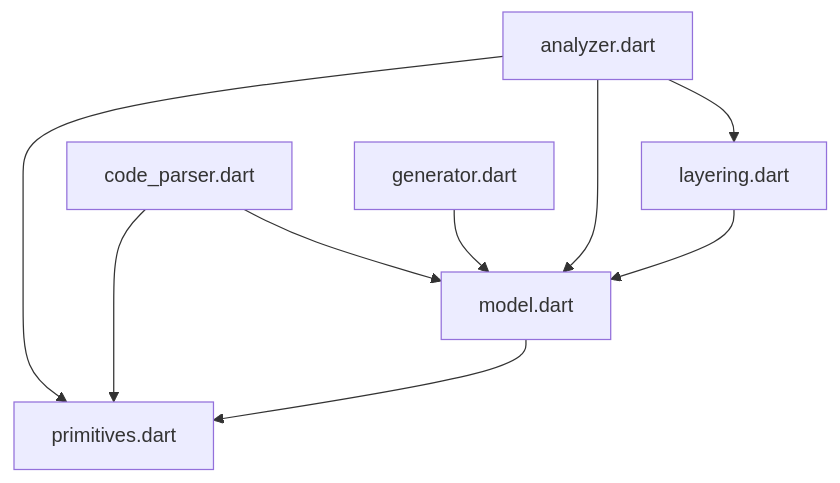
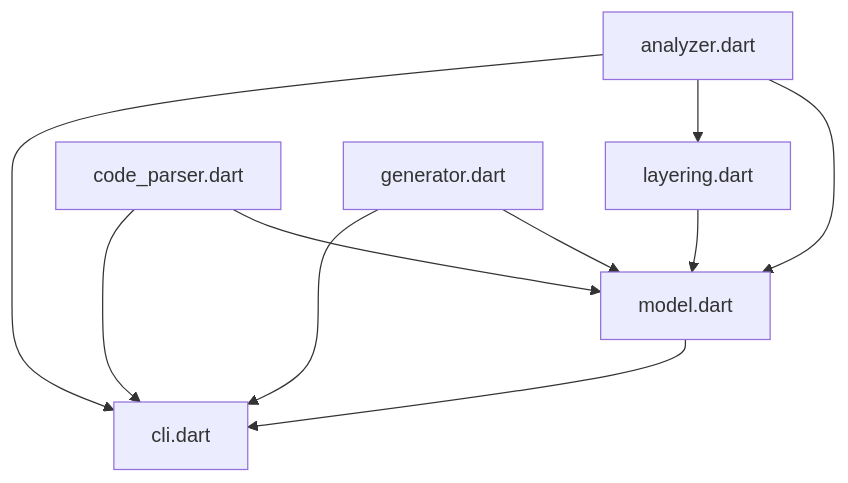
One commit to polina-c/layerlens changed the diagram in lib/src/DEPENDENCIES.md. Above: the diagram before and after it, drawn with Mermaid. The commit also changed 1 other file, not shown here.

````diff
--- a/lib/src/DEPENDENCIES.md
+++ b/lib/src/DEPENDENCIES.md
@@ -6,11 +6,12 @@
 ```mermaid
 flowchart TD;
+analyzer.dart-->cli.dart;
 analyzer.dart-->layering.dart;
 analyzer.dart-->model.dart;
-analyzer.dart-->primitives.dart;
+code_parser.dart-->cli.dart;
 code_parser.dart-->model.dart;
-code_parser.dart-->primitives.dart;
+generator.dart-->cli.dart;
 generator.dart-->model.dart;
 layering.dart-->model.dart;
-model.dart-->primitives.dart;
+model.dart-->cli.dart;
 ```
````
